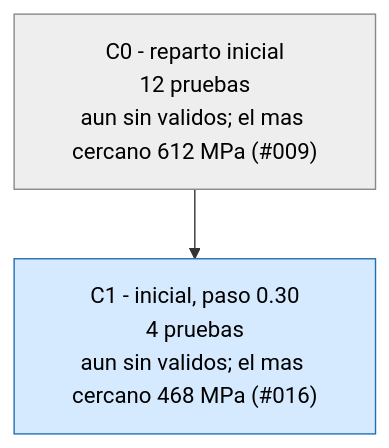
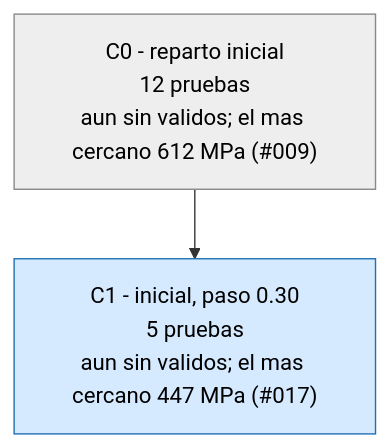
One commit to Hugiko/msd-soporte-optimizacion changed the third of 3 diagrams in runs/opt_37800N/ARBOL.md. Above: the diagram before and after it, drawn with Mermaid. The commit also changed 21 other files, not shown here.

````diff
--- a/runs/opt_37800N/ARBOL.md
+++ b/runs/opt_37800N/ARBOL.md
@@ -33,9 +33,9 @@
 ```mermaid
 graph TD
 classDef activa fill:#d6eaff,stroke:#1f6fb5,color:#000
 classDef fin fill:#eeeeee,stroke:#888,color:#000
 classDef mejor fill:#c8f0c0,stroke:#1a9850,stroke-width:4px,color:#000
 C0["C0 - reparto inicial<br/>12 pruebas<br/>aun sin validos; el mas cercano 612 MPa (#009)"]:::fin
-C1["C1 - inicial, paso 0.30<br/>4 pruebas<br/>aun sin validos; el mas cercano 468 MPa (#016)"]:::activa
+C1["C1 - inicial, paso 0.30<br/>5 pruebas<br/>aun sin validos; el mas cercano 447 MPa (#017)"]:::activa
 C0 --> C1
 ```
````
